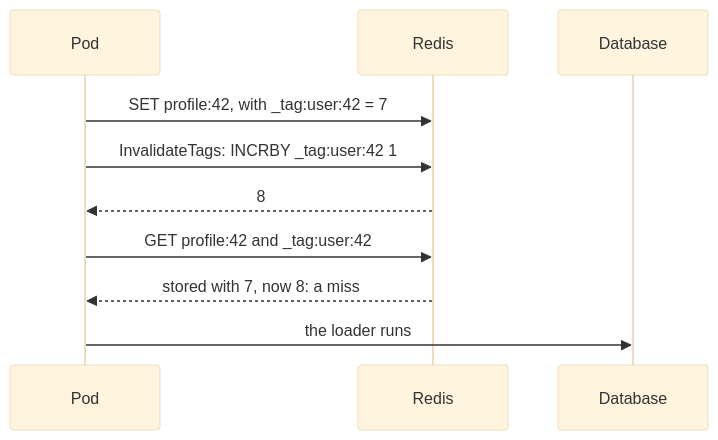
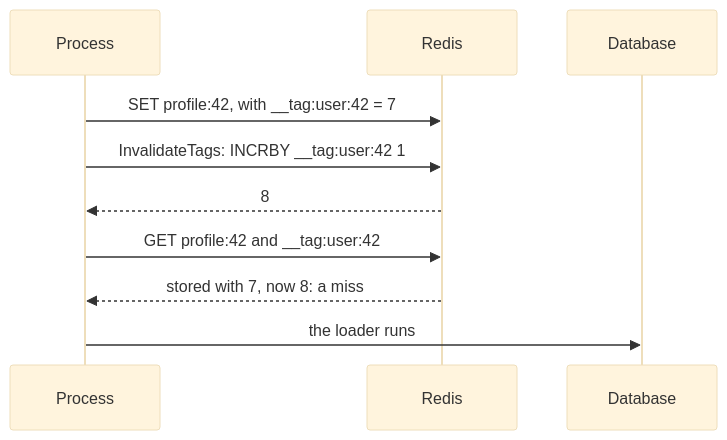
The diagram in docs/en/concepts/invalidation.md (eugeneliukindev/gashe), drawn with Mermaid (base theme) before and after one commit. The commit also changed other lines of this file and 119 other files, not shown here.

````diff
--- a/docs/en/concepts/invalidation.md
+++ b/docs/en/concepts/invalidation.md
@@ -17,12 +19,12 @@
 ```mermaid
 sequenceDiagram
-    participant P as Pod
+    participant P as Process
     participant R as Redis
     participant DB as Database
-    P->>R: SET profile:42, with _tag:user:42 = 7
-    P->>R: InvalidateTags: INCRBY _tag:user:42 1
+    P->>R: SET profile:42, with __tag:user:42 = 7
+    P->>R: InvalidateTags: INCRBY __tag:user:42 1
     R-->>P: 8
-    P->>R: GET profile:42 and _tag:user:42
+    P->>R: GET profile:42 and __tag:user:42
     R-->>P: stored with 7, now 8: a miss
     P->>DB: the loader runs
 ```
````
